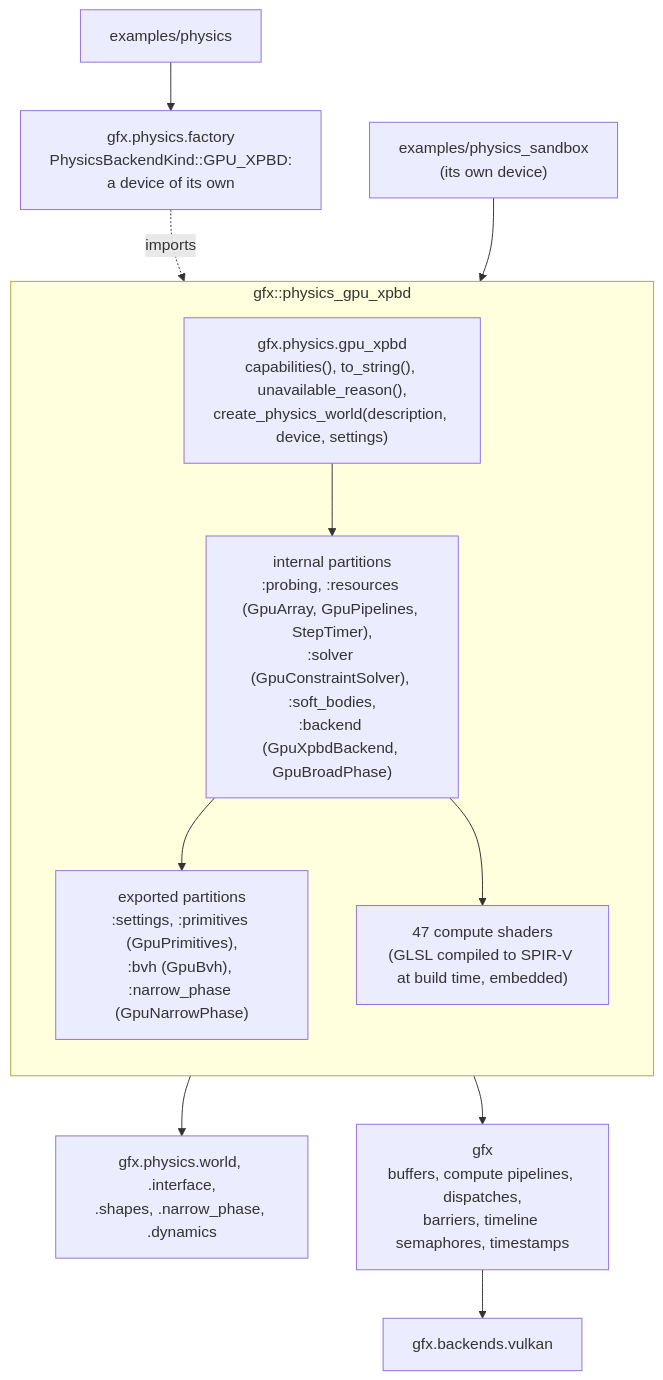
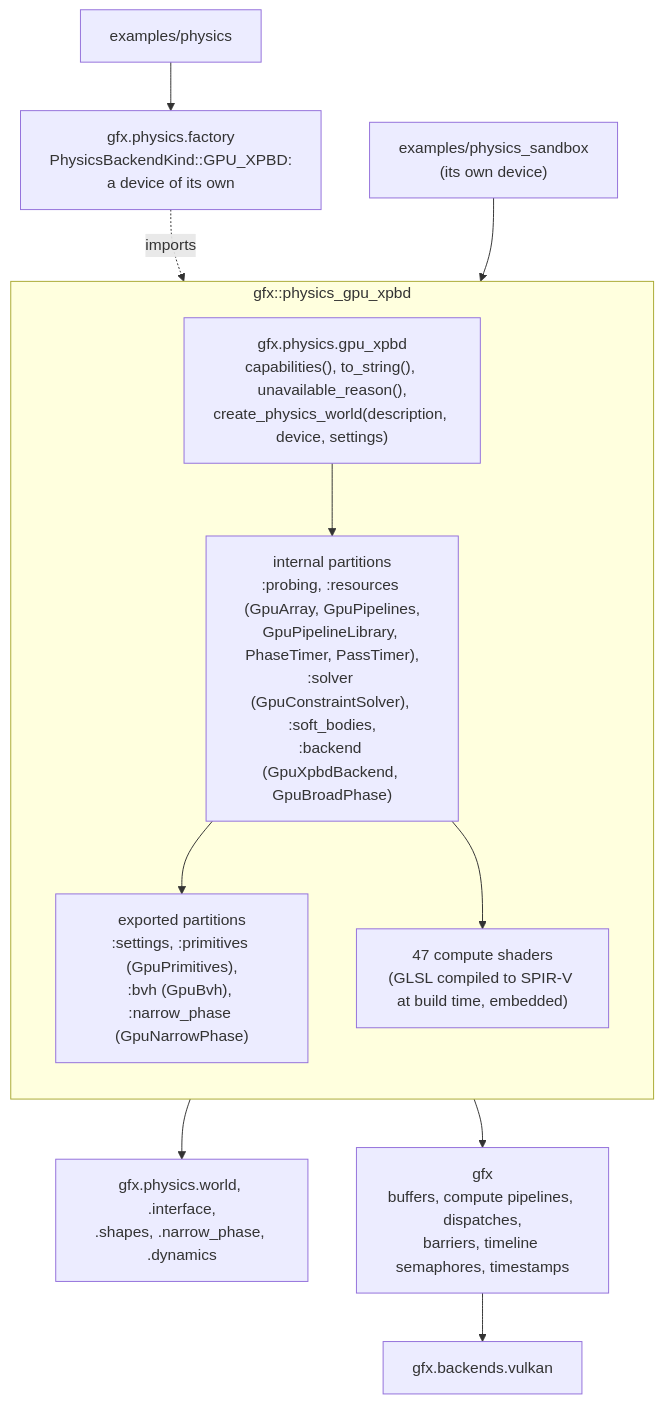
Diagram 29 of 41 in docs/architecture.md (bueno-mhc/gfx), drawn with Mermaid before and after one commit. The commit also changed other lines of this file and 23 other files, not shown here.

````diff
--- a/docs/architecture.md
+++ b/docs/architecture.md
@@ -1228,19 +1242,19 @@
 ```mermaid
 flowchart TB
     subgraph gpu_target["gfx::physics_gpu_xpbd"]
         direction TB
         entry["gfx.physics.gpu_xpbd<br/>capabilities(), to_string(), unavailable_reason(),<br/>create_physics_world(description, device, settings)"]
         exported["exported partitions<br/>:settings, :primitives (GpuPrimitives),<br/>:bvh (GpuBvh), :narrow_phase (GpuNarrowPhase)"]
-        internal["internal partitions<br/>:probing, :resources (GpuArray, GpuPipelines, StepTimer),<br/>:solver (GpuConstraintSolver), :soft_bodies,<br/>:backend (GpuXpbdBackend, GpuBroadPhase)"]
+        internal["internal partitions<br/>:probing, :resources (GpuArray, GpuPipelines,<br/>GpuPipelineLibrary, PhaseTimer, PassTimer),<br/>:solver (GpuConstraintSolver), :soft_bodies,<br/>:backend (GpuXpbdBackend, GpuBroadPhase)"]
         shaders["47 compute shaders<br/>(GLSL compiled to SPIR-V at build time, embedded)"]
     end
     entry --> internal
     internal --> exported
     internal --> shaders
     factory["gfx.physics.factory<br/>PhysicsBackendKind::GPU_XPBD:<br/>a device of its own"] -.->|imports| entry
     example["examples/physics"] --> factory
     sandbox["examples/physics_sandbox<br/>(its own device)"] --> entry
     internal --> physics_modules["gfx.physics.world, .interface,<br/>.shapes, .narrow_phase, .dynamics"]
     internal --> graphics["gfx<br/>buffers, compute pipelines, dispatches,<br/>barriers, timeline semaphores, timestamps"]
     graphics --> vulkan["gfx.backends.vulkan"]
 ```
````
